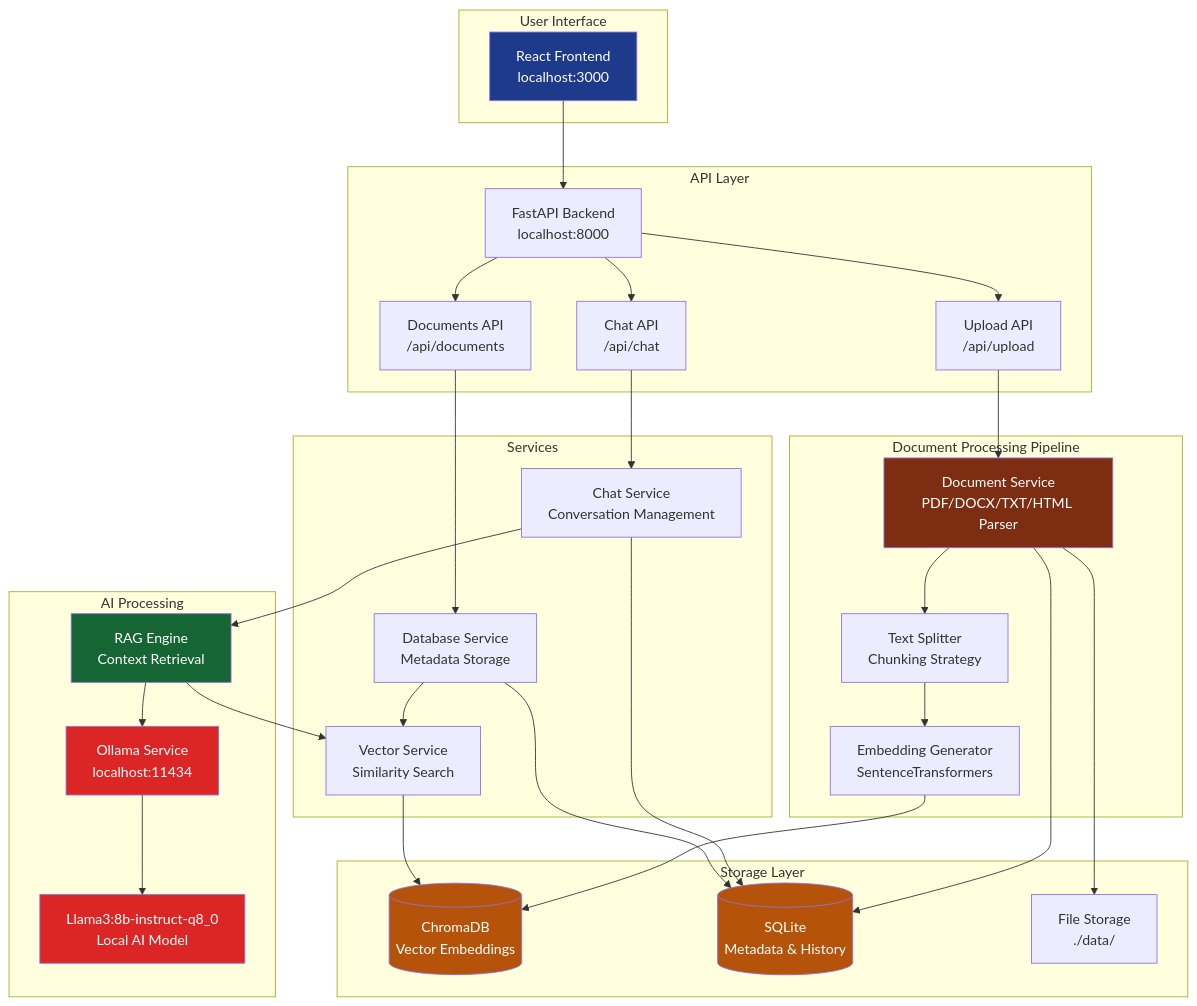
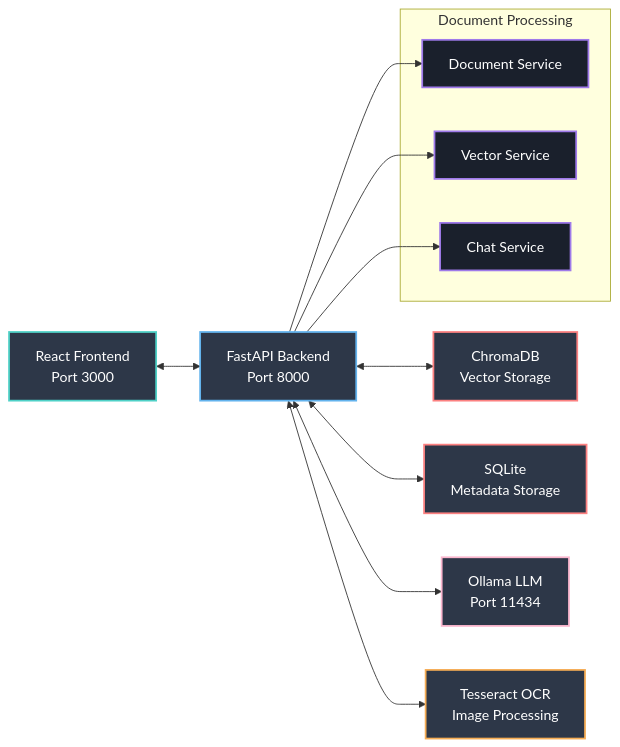
The third of 3 diagrams in README.md (narenallam/chatbot), drawn with Mermaid before and after one commit. The commit also changed other lines of this file and 51 other files, not shown here.

````diff
--- a/README.md
+++ b/README.md
@@ -91,73 +97,28 @@
 ```mermaid
-graph TB
-    subgraph "User Interface"
-        UI["React Frontend<br/>localhost:3000"]
+graph LR
+    UI["React Frontend<br/>Port 3000"] <--> API["FastAPI Backend<br/>Port 8000"]
+    API <--> DB1["ChromaDB<br/>Vector Storage"]
+    API <--> DB2["SQLite<br/>Metadata Storage"]
+    API <--> AI["Ollama LLM<br/>Port 11434"]
+    API <--> OCR["Tesseract OCR<br/>Image Processing"]
+    
+    subgraph "Document Processing"
+        DOC["Document Service"]
+        VEC["Vector Service"]
+        CHAT["Chat Service"]
     end
     
-    subgraph "API Layer"
-        API["FastAPI Backend<br/>localhost:8000"]
-        UPLOAD["Upload API<br/>/api/upload"]
-        CHAT["Chat API<br/>/api/chat"]
-        DOCS["Documents API<br/>/api/documents"]
-    end
+    API --> DOC
+    API --> VEC
+    API --> CHAT
     
-    subgraph "Document Processing Pipeline"
-        DOC_SERVICE["Document Service<br/>PDF/DOCX/TXT/HTML Parser"]
-        TEXT_SPLIT["Text Splitter<br/>Chunking Strategy"]
-        EMBED_GEN["Embedding Generator<br/>SentenceTransformers"]
-    end
-    
-    subgraph "Storage Layer"
-        VECTOR_DB[("ChromaDB<br/>Vector Embeddings")]
-        SQL_DB[("SQLite<br/>Metadata & History")]
-        FILE_STORE["File Storage<br/>./data/"]
-    end
-    
-    subgraph "AI Processing"
-        OLLAMA["Ollama Service<br/>localhost:11434"]
-        LLM["Llama3:8b-instruct-q8_0<br/>Local AI Model"]
-        RAG_ENGINE["RAG Engine<br/>Context Retrieval"]
-    end
-    
-    subgraph "Services"
-        VECTOR_SVC["Vector Service<br/>Similarity Search"]
-        CHAT_SVC["Chat Service<br/>Conversation Management"]
-        DB_SVC["Database Service<br/>Metadata Storage"]
-    end
-
-    %% User Flow
-    UI --> API
-    
-    %% Document Upload Flow
-    API --> UPLOAD
-    UPLOAD --> DOC_SERVICE
-    DOC_SERVICE --> TEXT_SPLIT
-    TEXT_SPLIT --> EMBED_GEN
-    EMBED_GEN --> VECTOR_DB
-    DOC_SERVICE --> SQL_DB
-    DOC_SERVICE --> FILE_STORE
-    
-    %% Chat Flow
-    API --> CHAT
-    CHAT --> CHAT_SVC
-    CHAT_SVC --> RAG_ENGINE
-    RAG_ENGINE --> VECTOR_SVC
-    VECTOR_SVC --> VECTOR_DB
-    RAG_ENGINE --> OLLAMA
-    OLLAMA --> LLM
-    CHAT_SVC --> SQL_DB
-    
-    %% Document Management
-    API --> DOCS
-    DOCS --> DB_SVC
-    DB_SVC --> SQL_DB
-    DB_SVC --> VECTOR_SVC
-
-    style UI fill:#1e3a8a,color:#ffffff
-    style OLLAMA fill:#dc2626,color:#ffffff
-    style LLM fill:#dc2626,color:#ffffff
-    style VECTOR_DB fill:#b45309,color:#ffffff
-    style SQL_DB fill:#b45309,color:#ffffff
-    style RAG_ENGINE fill:#166534,color:#ffffff
-    style DOC_SERVICE fill:#7c2d12,color:#ffffff
+    style UI fill:#2d3748,stroke:#4fd1c7,stroke-width:2px,color:#ffffff
+    style API fill:#2d3748,stroke:#63b3ed,stroke-width:2px,color:#ffffff
+    style AI fill:#2d3748,stroke:#fbb6ce,stroke-width:2px,color:#ffffff
+    style DB1 fill:#2d3748,stroke:#fc8181,stroke-width:2px,color:#ffffff
+    style DB2 fill:#2d3748,stroke:#fc8181,stroke-width:2px,color:#ffffff
+    style OCR fill:#2d3748,stroke:#f6ad55,stroke-width:2px,color:#ffffff
+    style DOC fill:#1a202c,stroke:#9f7aea,stroke-width:2px,color:#ffffff
+    style VEC fill:#1a202c,stroke:#9f7aea,stroke-width:2px,color:#ffffff
+    style CHAT fill:#1a202c,stroke:#9f7aea,stroke-width:2px,color:#ffffff
 ```
````
